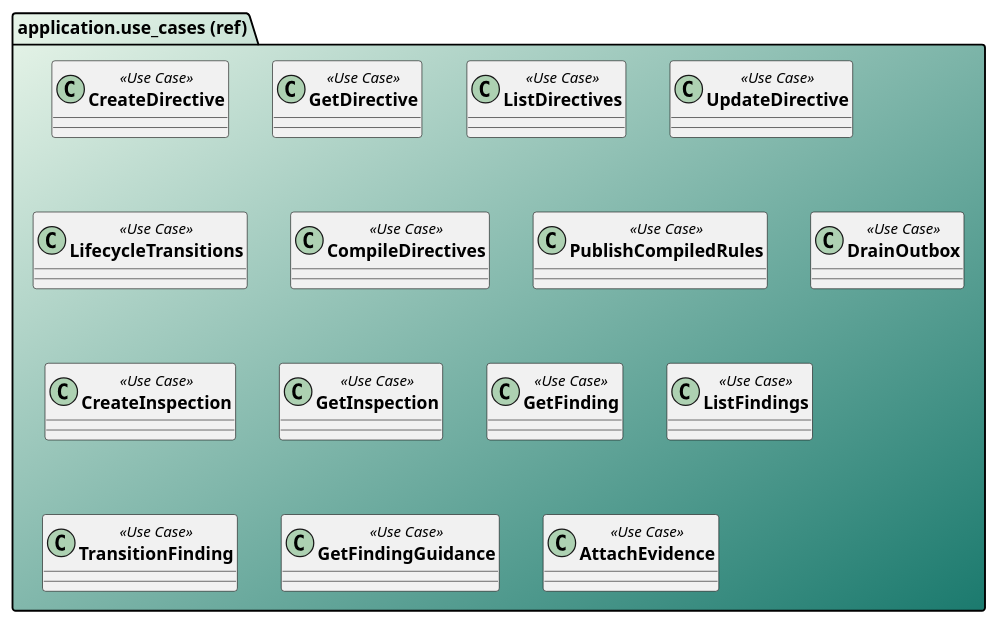
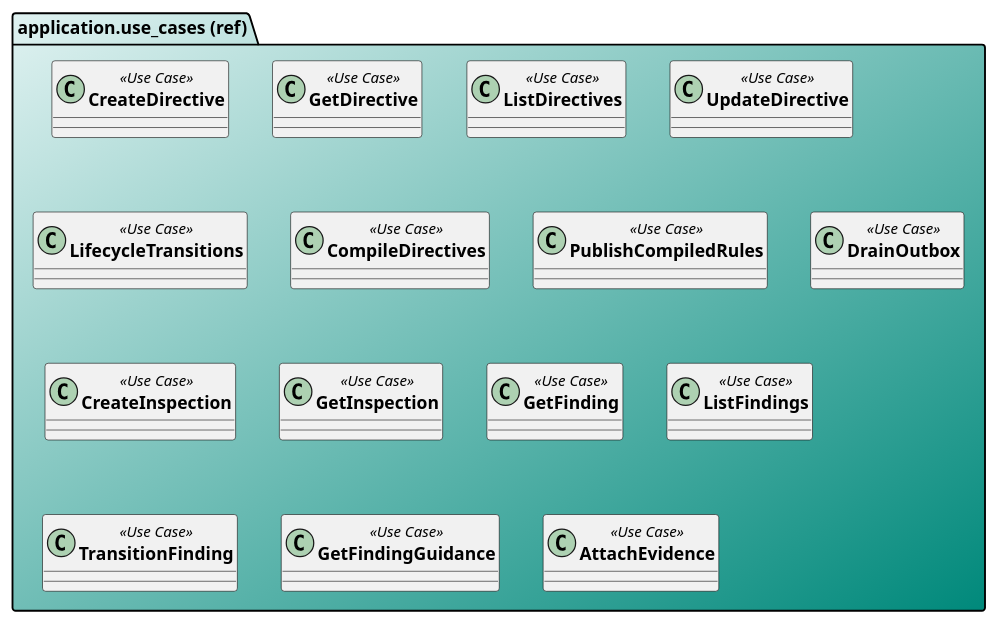
The diagram in docs/class/common/cd_section_iface_usecases_ref.puml (salimnamvar/selma), drawn with PlantUML before and after one commit. The commit also changed 54 other files, not shown here.

```diff
--- a/docs/class/common/cd_section_iface_usecases_ref.puml
+++ b/docs/class/common/cd_section_iface_usecases_ref.puml
@@ -1,23 +1,23 @@
 ' Section: cd_section_iface_usecases_ref.puml
 
-package "application.use_cases (ref)" as UCS #E8F5E9/1B7A6E {
+package "application.use_cases (ref)" as UCS #E0F2F1/00897B {
   class "**CreateDirective**" as CreateDirective <<Use Case>>
   class "**GetDirective**" as GetDirective <<Use Case>>
   class "**ListDirectives**" as ListDirectives <<Use Case>>
   class "**UpdateDirective**" as UpdateDirective <<Use Case>>
   class "**LifecycleTransitions**" as LifecycleTransitions <<Use Case>>
   class "**CompileDirectives**" as CompileDirectives <<Use Case>>
   class "**PublishCompiledRules**" as PublishCompiledRules <<Use Case>>
   class "**DrainOutbox**" as DrainOutbox <<Use Case>>
   class "**CreateInspection**" as CreateInspection <<Use Case>>
   class "**GetInspection**" as GetInspection <<Use Case>>
   class "**GetFinding**" as GetFinding <<Use Case>>
   class "**ListFindings**" as ListFindings <<Use Case>>
   class "**TransitionFinding**" as TransitionFinding <<Use Case>>
   class "**GetFindingGuidance**" as GetFindingGuidance <<Use Case>>
   class "**AttachEvidence**" as AttachEvidence <<Use Case>>
 }
 
 ' ═══════════════════════════════════════════════════════════
 '  rest_interface (C4: api)
 ' ═══════════════════════════════════════════════════════════
```
